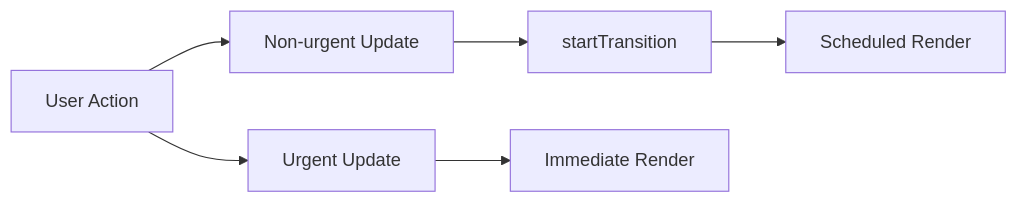
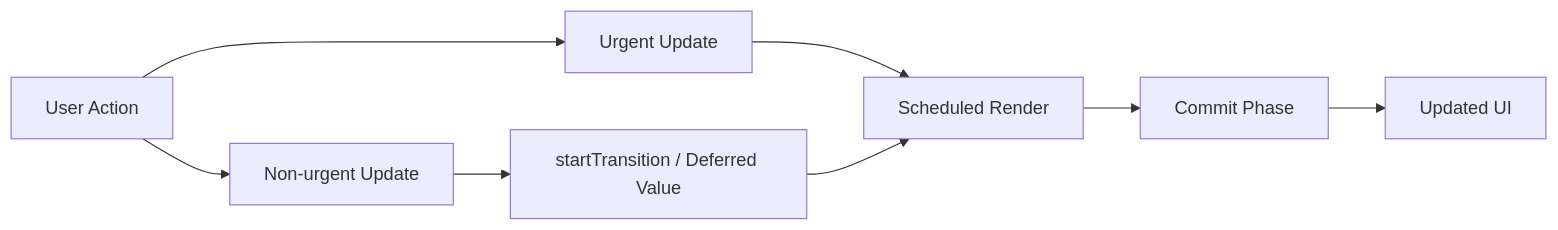
Before and after one commit to kaushalkumar8459/CodingTerminal-Tutorial-Notes: the diagram in tutorial-platform/public/tutorials/react/day-061-react-18-rendering-model.md, drawn with Mermaid. The commit also changed other lines of this file, not shown here.

````diff
--- a/tutorial-platform/public/tutorials/react/day-061-react-18-rendering-model.md
+++ b/tutorial-platform/public/tutorials/react/day-061-react-18-rendering-model.md
@@ -185,8 +302,10 @@
 ```mermaid
 flowchart LR
 		A[User Action] --> B[Urgent Update]
 		A --> C[Non-urgent Update]
-		C --> D[startTransition]
-		B --> E[Immediate Render]
-		D --> F[Scheduled Render]
+		C --> D[startTransition / Deferred Value]
+		B --> E[Scheduled Render]
+		D --> E
+		E --> F[Commit Phase]
+		F --> G[Updated UI]
 ```
````
